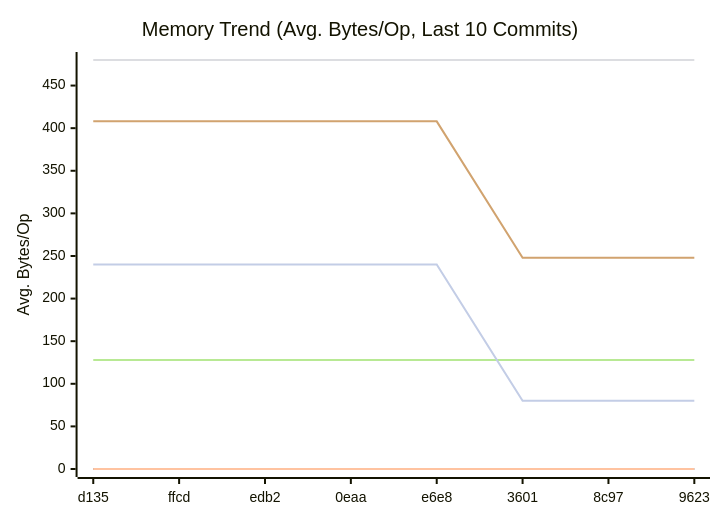
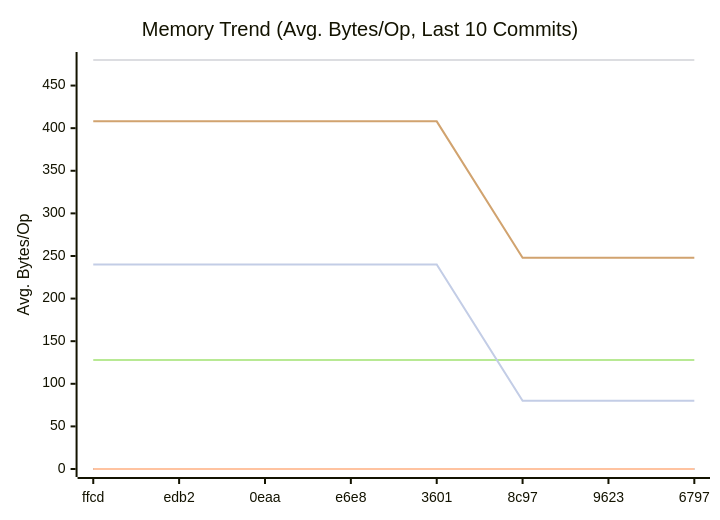
One commit to alsotoes/momo changed the second of 3 diagrams in docs/README.md. Above: the diagram before and after it, drawn with Mermaid. The commit also changed other lines of this file and 1 other file, not shown here.

````diff
--- a/docs/README.md
+++ b/docs/README.md
@@ -318,14 +318,14 @@
 ```mermaid
 xychart-beta
     title "Memory Trend (Avg. Bytes/Op, Last 10 Commits)"
     x-axis "Commit"
     y-axis "Avg. Bytes/Op"
-    x-axis [d135,ffcd,edb2,0eaa,e6e8,3601,8c97,9623]
+    x-axis [ffcd,edb2,0eaa,e6e8,3601,8c97,9623,6797]
     line "CheckMetricsAndSwap" [0,0,0,0,0,0,0,0,0,0]
     line "IndexDirectTracking" [0,0,0,0,0,0,0,0,0,0]
     line "IndexSearch" [0,0,0,0,0,0,0,0,0,0]
     line "LoadGlobalConfig" [480,480,480,480,480,480,480,480,480,480]
     line "PadString" [128,128,128,128,128,128,128,128,128,128]
     line "ParseReplicationOrder_NoPrealloc" [408,408,408,408,408,248,248,248,248,248]
     line "ParseReplicationOrder_Prealloc" [240,240,240,240,240,80,80,80,80,80]
 ```
````
